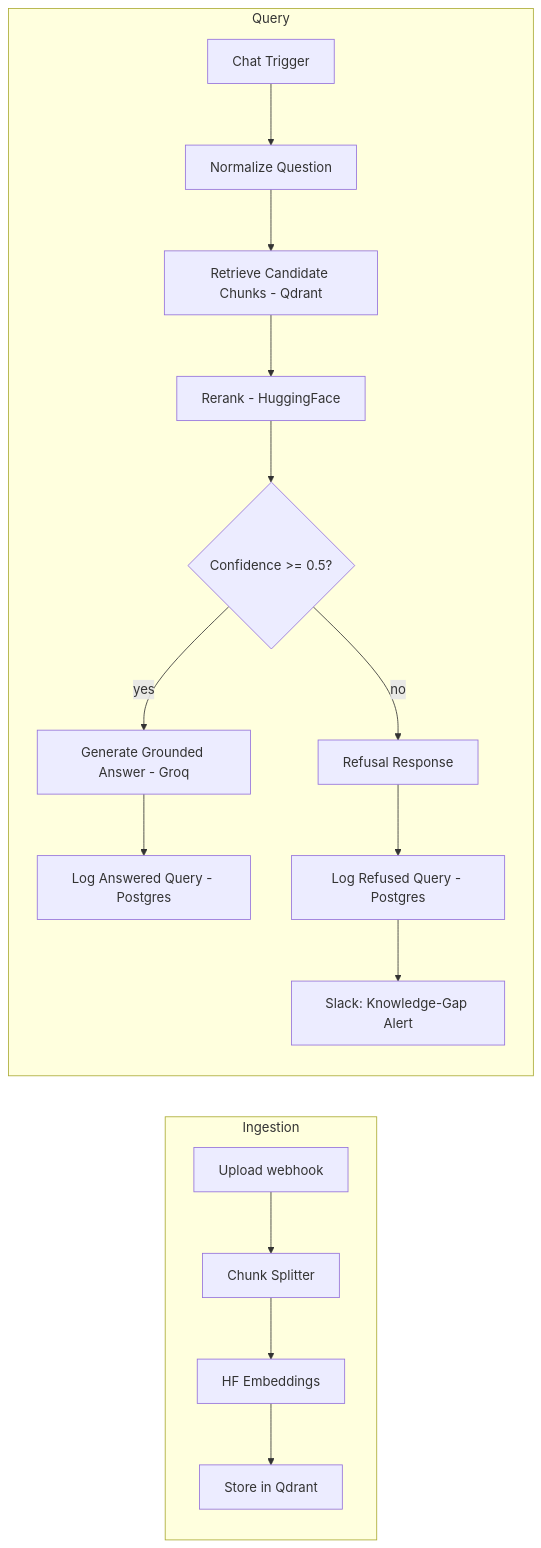
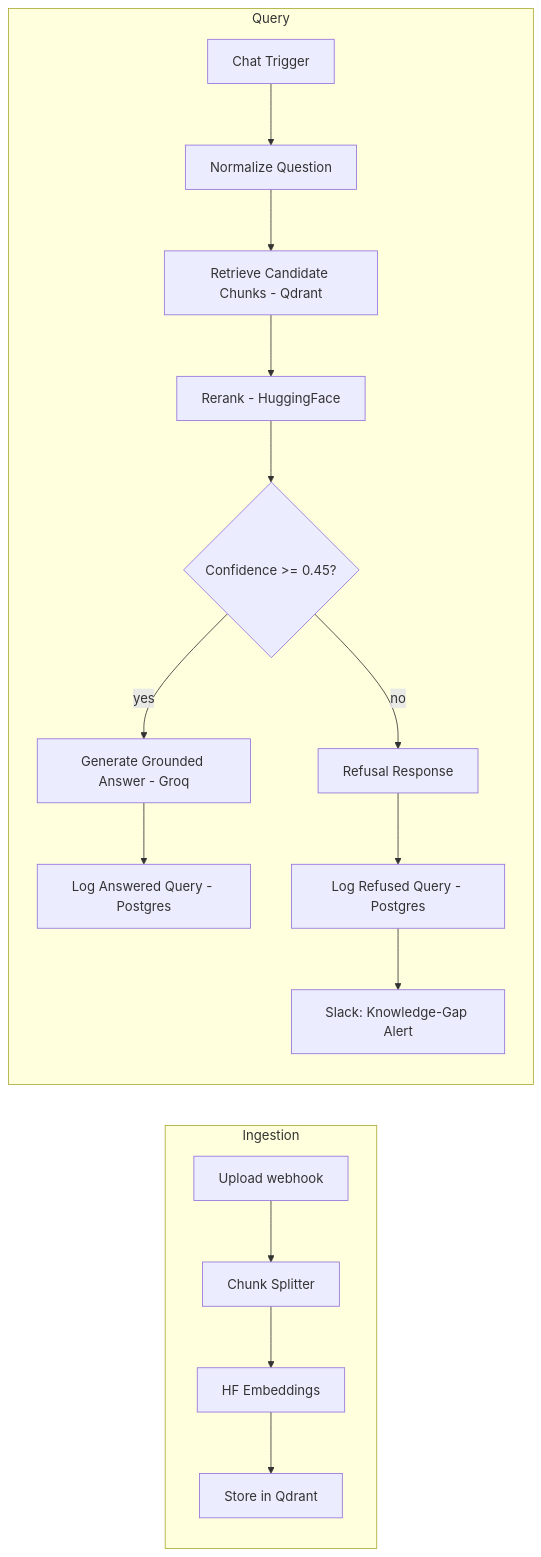
One commit to jabluetooth/mimo changed the diagram in README.md. Above: the diagram before and after it, drawn with Mermaid. The commit also changed other lines of this file and 9 other files, not shown here.

````diff
--- a/README.md
+++ b/README.md
@@ -11,20 +11,20 @@
 ```mermaid
 flowchart LR
     subgraph Ingestion
         U[Upload webhook] --> CS[Chunk Splitter]
         CS --> EI[HF Embeddings]
         EI --> QS[Store in Qdrant]
     end
 
     subgraph Query
         C[Chat Trigger] --> N[Normalize Question]
         N --> QR[Retrieve Candidate Chunks - Qdrant]
         QR --> RR[Rerank - HuggingFace]
-        RR --> CC{Confidence >= 0.5?}
+        RR --> CC{Confidence >= 0.45?}
         CC -- yes --> GA[Generate Grounded Answer - Groq]
         GA --> LOG1[Log Answered Query - Postgres]
         CC -- no --> REF[Refusal Response]
         REF --> LOG2[Log Refused Query - Postgres]
         LOG2 --> SLACK[Slack: Knowledge-Gap Alert]
     end
 ```
````
